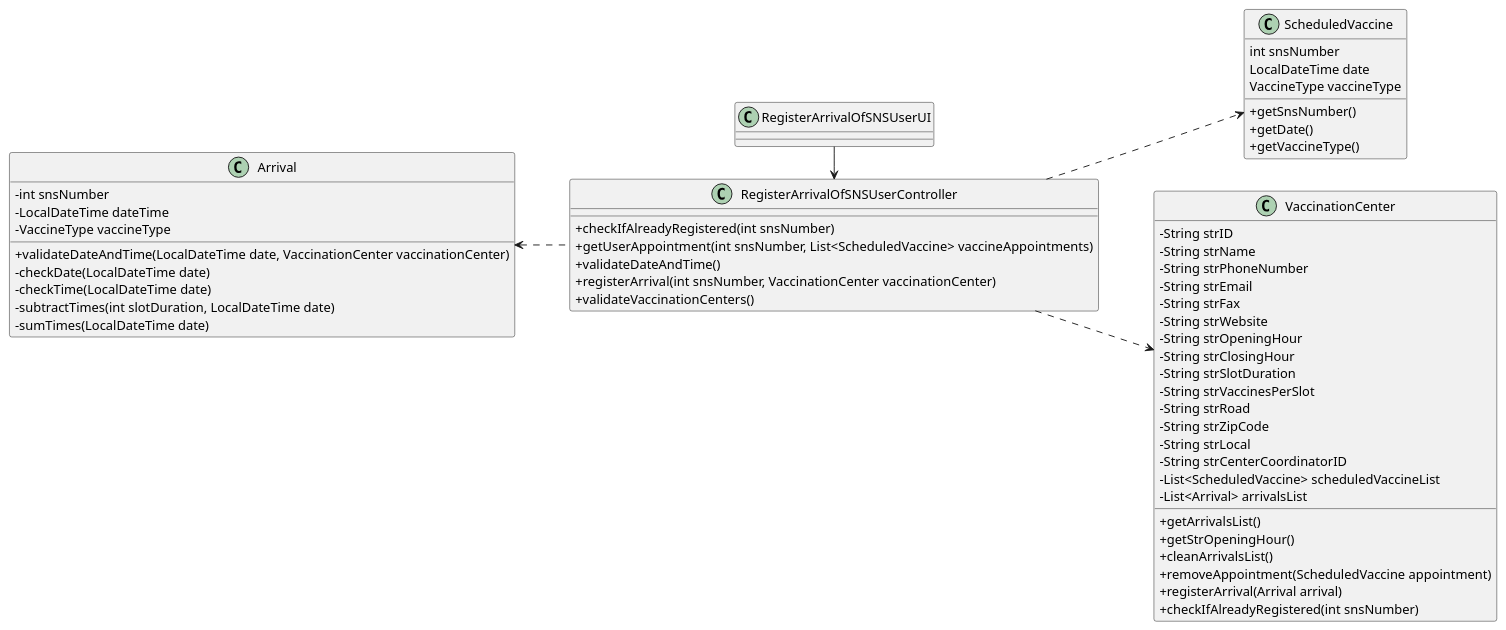
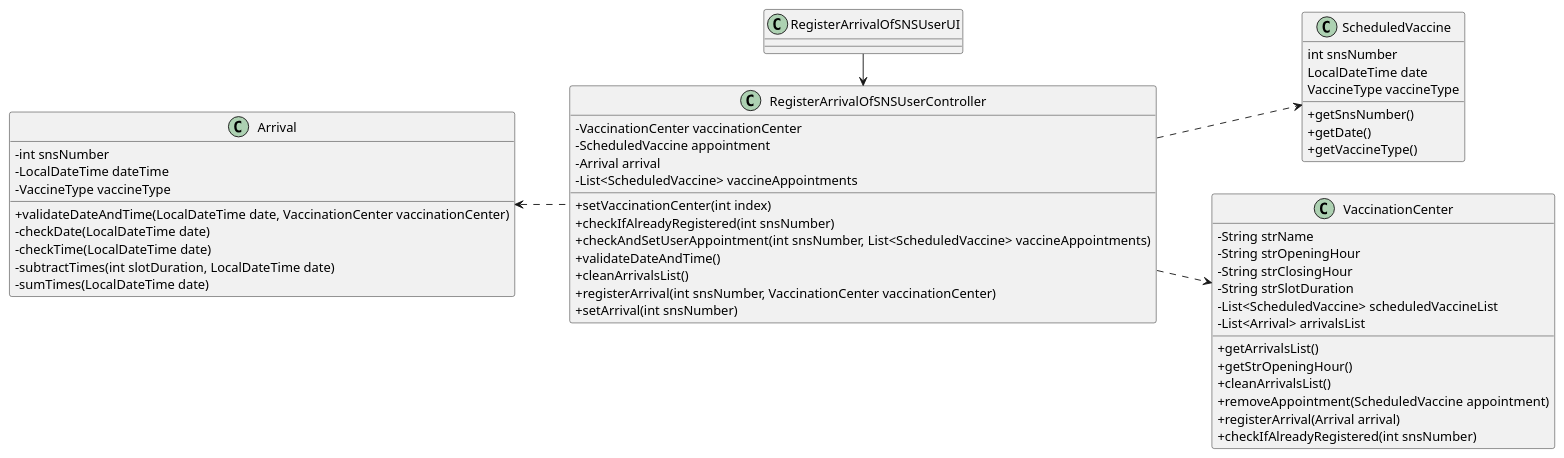
One commit to Pirussa/lei-22-s2-1da-g02 changed the diagram in docs/SprintC/US004/US004_CD.puml. Above: the diagram before and after it, drawn with PlantUML. The commit also changed 1 other file, not shown here.

```diff
--- a/docs/SprintC/US004/US004_CD.puml
+++ b/docs/SprintC/US004/US004_CD.puml
@@ -1,73 +1,69 @@
 @startuml
 'https://plantuml.com/class-diagram
 
 skinparam classAttributeIconSize 0
 
 
 class ScheduledVaccine {
 int snsNumber
 LocalDateTime date
 VaccineType vaccineType
 +getSnsNumber()
 +getDate()
 +getVaccineType()
 }
 
 'class Company
 
 class VaccinationCenter {
--String strID
 -String strName
--String strPhoneNumber
--String strEmail
--String strFax
--String strWebsite
 -String strOpeningHour
 -String strClosingHour
 -String strSlotDuration
--String strVaccinesPerSlot
--String strRoad
--String strZipCode
--String strLocal
--String strCenterCoordinatorID
 -List<ScheduledVaccine> scheduledVaccineList
 -List<Arrival> arrivalsList
 +getArrivalsList()
 +getStrOpeningHour()
 +cleanArrivalsList()
 +removeAppointment(ScheduledVaccine appointment)
 +registerArrival(Arrival arrival)
 +checkIfAlreadyRegistered(int snsNumber)
 }
 
 
 class RegisterArrivalOfSNSUserUI
 
 class RegisterArrivalOfSNSUserController{
+-VaccinationCenter vaccinationCenter
+-ScheduledVaccine appointment
+-Arrival arrival
+-List<ScheduledVaccine> vaccineAppointments
++setVaccinationCenter(int index)
 +checkIfAlreadyRegistered(int snsNumber)
-+getUserAppointment(int snsNumber, List<ScheduledVaccine> vaccineAppointments)
++checkAndSetUserAppointment(int snsNumber, List<ScheduledVaccine> vaccineAppointments)
 +validateDateAndTime()
++cleanArrivalsList()
 +registerArrival(int snsNumber, VaccinationCenter vaccinationCenter)
-+validateVaccinationCenters()
++setArrival(int snsNumber)
 }
 
 class Arrival {
 -int snsNumber
 -LocalDateTime dateTime
 -VaccineType vaccineType
 +validateDateAndTime(LocalDateTime date, VaccinationCenter vaccinationCenter)
 -checkDate(LocalDateTime date)
 -checkTime(LocalDateTime date)
 -subtractTimes(int slotDuration, LocalDateTime date)
 -sumTimes(LocalDateTime date)
 }
 
 
 left to right direction
 
 RegisterArrivalOfSNSUserController .up-> Arrival
 RegisterArrivalOfSNSUserController ..> VaccinationCenter
 RegisterArrivalOfSNSUserController ..> ScheduledVaccine
 RegisterArrivalOfSNSUserUI -> RegisterArrivalOfSNSUserController
 
 @enduml
```
